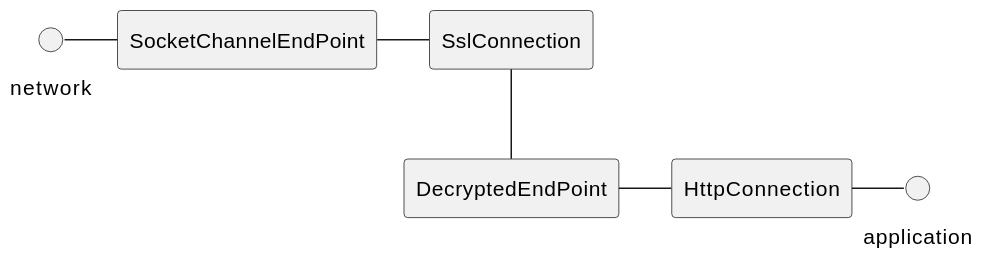
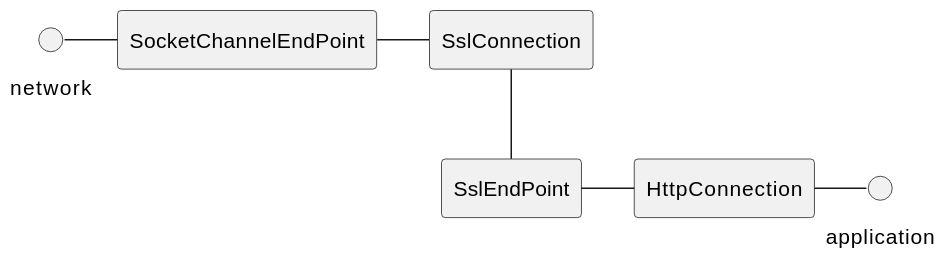
Before and after one commit to jetty/jetty.project: the second of 2 diagrams in documentation/jetty-documentation/src/main/asciidoc/programming-guide/server/server-io-arch.adoc, drawn with PlantUML. The commit also changed other lines of this file and 19 other files, not shown here.

Commit message:
Fixes #9326 - Rename DecryptedEndPoint to SslEndPoint.

```diff
--- a/documentation/jetty-documentation/src/main/asciidoc/programming-guide/server/server-io-arch.adoc
+++ b/documentation/jetty-documentation/src/main/asciidoc/programming-guide/server/server-io-arch.adoc
@@ -102,21 +102,21 @@
 [plantuml]
 ----
 skinparam backgroundColor transparent
 skinparam monochrome true
 skinparam shadowing false
 skinparam padding 5
 
 hide members
 hide circle
 
 scale 1.5
 
 circle network
 circle application
 
 network - SocketChannelEndPoint
 SocketChannelEndPoint - SslConnection
-SslConnection -- DecryptedEndPoint
-DecryptedEndPoint - HttpConnection
+SslConnection -- SslEndPoint
+SslEndPoint - HttpConnection
 HttpConnection - application
 ----
```
